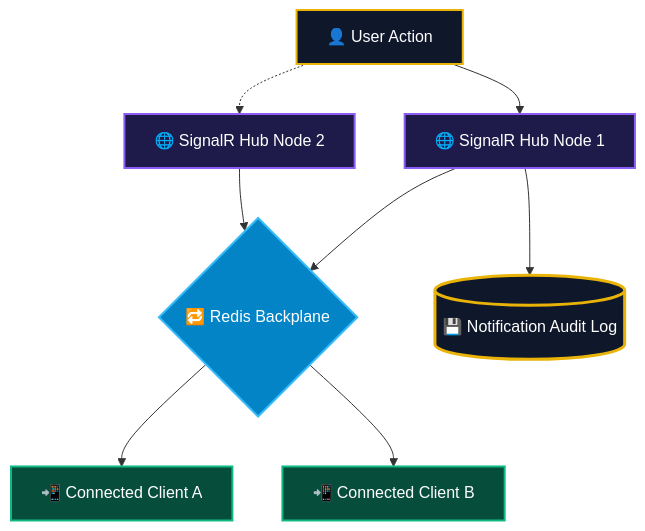
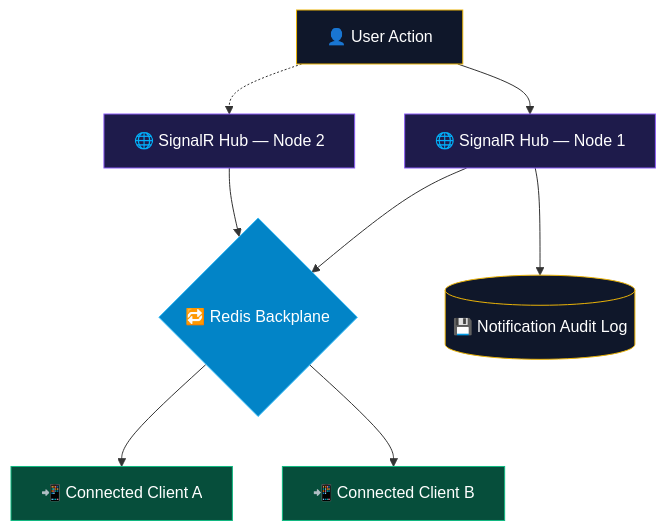
One commit to Nour7Tohamy/Nour7Tohamy changed the second of 2 diagrams in README.md. Above: the diagram before and after it, drawn with Mermaid. The commit also changed other lines of this file, not shown here.

````diff
--- a/README.md
+++ b/README.md
@@ -281,22 +176,18 @@
 ```mermaid
 graph TD
-    classDef client fill:#0f172a,stroke:#eab308,stroke-width:2px,color:#fff;
-    classDef hub fill:#1e1b4b,stroke:#8b5cf6,stroke-width:2px,color:#fff;
-    classDef backplane fill:#0284c7,stroke:#38bdf8,stroke-width:2px,color:#fff;
-    classDef node fill:#064e3b,stroke:#10b981,stroke-width:2px,color:#fff;
-    classDef db fill:#0f172a,stroke:#eab308,stroke-width:3px,color:#fff;
-
-    U[👤 User Action] --> S[🌐 SignalR Hub Node 1]
-    U -.-> S2[🌐 SignalR Hub Node 2]
-    S --> R{🔁 Redis Backplane}
+    U[👤 User Action] --> S1[🌐 SignalR Hub — Node 1]
+    U -.-> S2[🌐 SignalR Hub — Node 2]
+    S1 --> R{🔁 Redis Backplane}
     S2 --> R
     R --> N1[📲 Connected Client A]
     R --> N2[📲 Connected Client B]
-    S --> P[(💾 Notification Audit Log)]
+    S1 --> P[(💾 Notification Audit Log)]
 
-    class U client;
-    class S,S2 hub;
-    class R backplane;
-    class N1,N2 node;
-    class P db;
+    style U fill:#0f172a,stroke:#eab308,color:#fff
+    style S1 fill:#1e1b4b,stroke:#8b5cf6,color:#fff
+    style S2 fill:#1e1b4b,stroke:#8b5cf6,color:#fff
+    style R fill:#0284c7,stroke:#38bdf8,color:#fff
+    style N1 fill:#064e3b,stroke:#10b981,color:#fff
+    style N2 fill:#064e3b,stroke:#10b981,color:#fff
+    style P fill:#0f172a,stroke:#eab308,color:#fff
 ```
````
